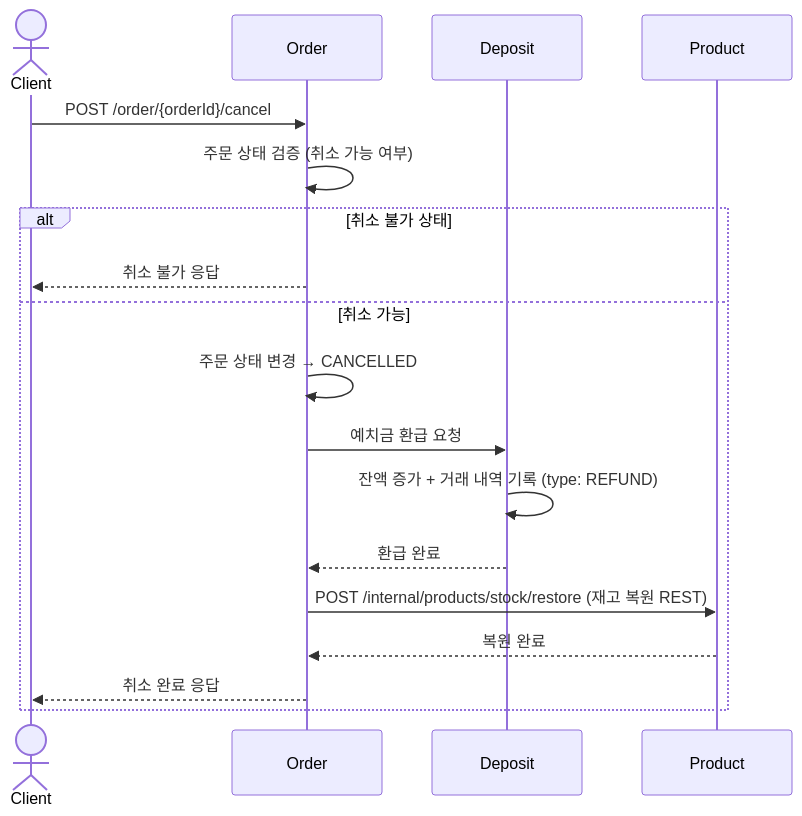
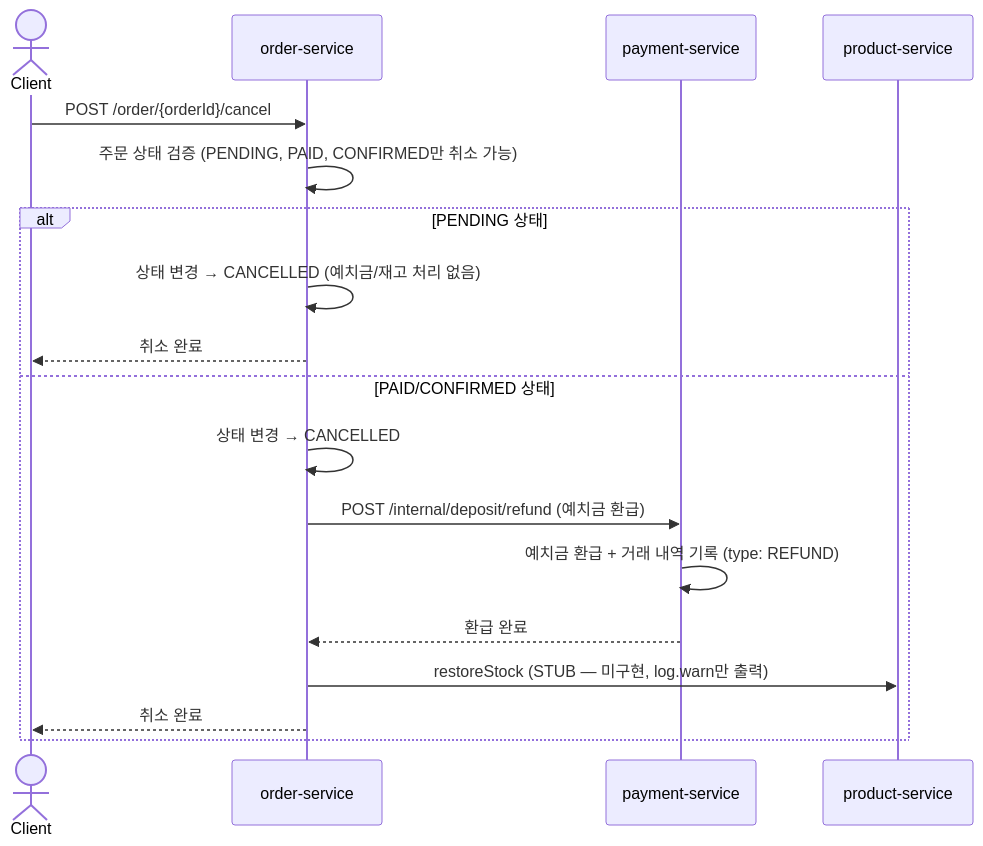
The third of 3 diagrams in docs/OrderPaymentFlow.md (prgrms-be-adv-devcourse/beadv5_5_404_Not_Found_BE), drawn with Mermaid before and after one commit. The commit also changed other lines of this file and 17 other files, not shown here.

````diff
--- a/docs/OrderPaymentFlow.md
+++ b/docs/OrderPaymentFlow.md
@@ -215,22 +216,22 @@
 ```mermaid
 sequenceDiagram
     actor Client
-    participant Order
-    participant Deposit
-    participant Product
+    participant Order as order-service
+    participant Payment as payment-service
+    participant Product as product-service
 
     Client->>Order: POST /order/{orderId}/cancel
-    Order->>Order: 주문 상태 검증 (취소 가능 여부)
+    Order->>Order: 주문 상태 검증 (PENDING, PAID, CONFIRMED만 취소 가능)
 
-    alt 취소 불가 상태
-        Order-->>Client: 취소 불가 응답
-    else 취소 가능
-        Order->>Order: 주문 상태 변경 → CANCELLED
-        Order->>Deposit: 예치금 환급 요청
-        Deposit->>Deposit: 잔액 증가 + 거래 내역 기록 (type: REFUND)
-        Deposit-->>Order: 환급 완료
-        Order->>Product: POST /internal/products/stock/restore (재고 복원 REST)
-        Product-->>Order: 복원 완료
-        Order-->>Client: 취소 완료 응답
+    alt PENDING 상태
+        Order->>Order: 상태 변경 → CANCELLED (예치금/재고 처리 없음)
+        Order-->>Client: 취소 완료
+    else PAID/CONFIRMED 상태
+        Order->>Order: 상태 변경 → CANCELLED
+        Order->>Payment: POST /internal/deposit/refund (예치금 환급)
+        Payment->>Payment: 예치금 환급 + 거래 내역 기록 (type: REFUND)
+        Payment-->>Order: 환급 완료
+        Order->>Product: restoreStock (STUB — 미구현, log.warn만 출력)
+        Order-->>Client: 취소 완료
     end
 ```
````
